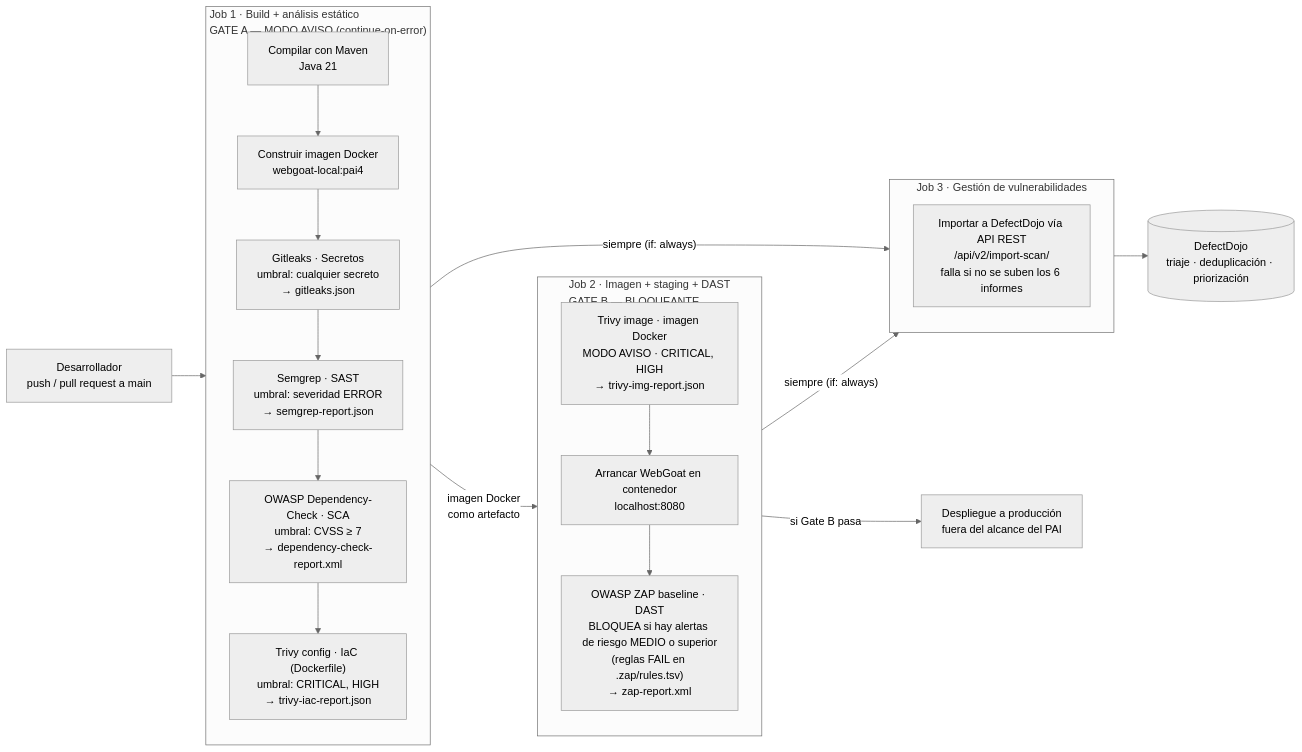
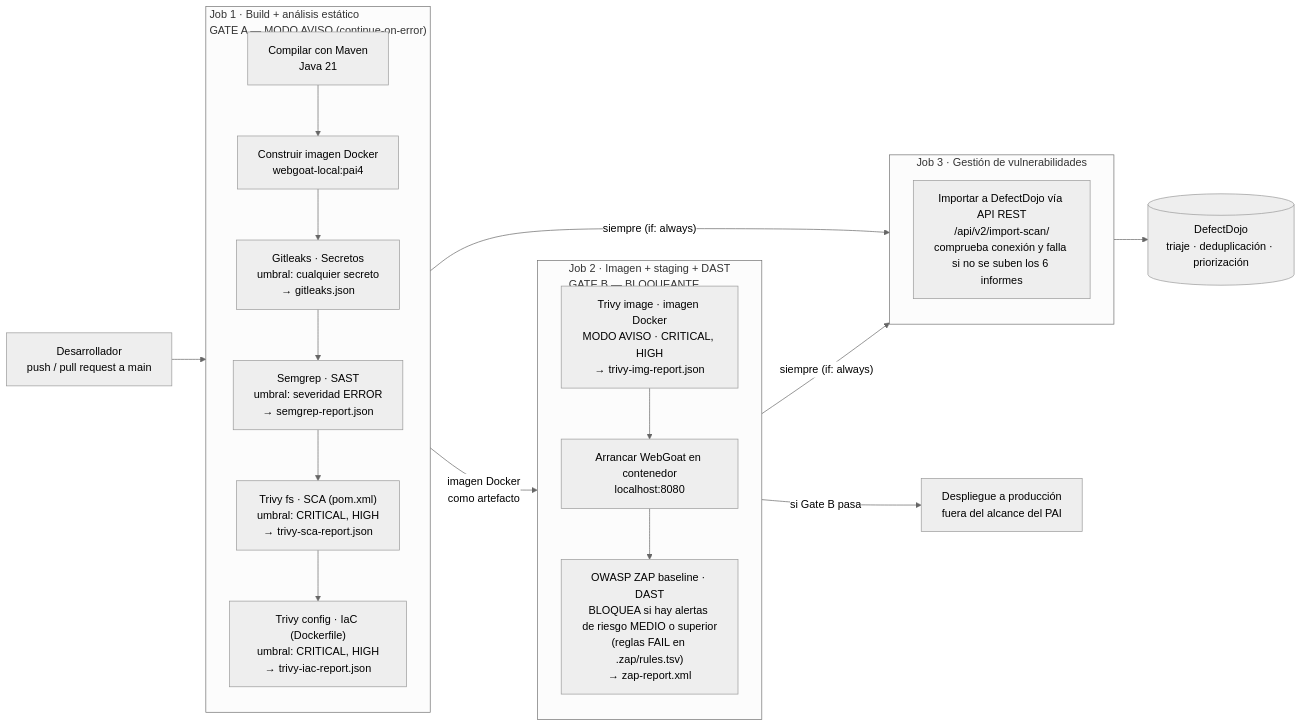
The first of 2 diagrams in docs/diagramas/README.md (luialacon/webgoat_PAI-4), drawn with Mermaid (neutral theme) before and after one commit. The commit also changed other lines of this file and 20 other files, not shown here.

First line of the commit message:
Analizar tambien Dockerfile_desktop con Trivy IaC; diagramas renderizados y evidencias de la ejecucion corregida

````diff
--- a/docs/diagramas/README.md
+++ b/docs/diagramas/README.md
@@ -8,31 +8,31 @@
 ```mermaid
 flowchart LR
     DEV[Desarrollador<br/>push / pull request a main] --> J1
 
     subgraph J1["Job 1 · Build + análisis estático<br/>GATE A — MODO AVISO (continue-on-error)"]
         direction TB
         B1[Compilar con Maven<br/>Java 21] --> B2[Construir imagen Docker<br/>webgoat-local:pai4]
         B2 --> S1["Gitleaks · Secretos<br/>umbral: cualquier secreto<br/>→ gitleaks.json"]
         S1 --> S2["Semgrep · SAST<br/>umbral: severidad ERROR<br/>→ semgrep-report.json"]
-        S2 --> S3["OWASP Dependency-Check · SCA<br/>umbral: CVSS ≥ 7<br/>→ dependency-check-report.xml"]
+        S2 --> S3["Trivy fs · SCA (pom.xml)<br/>umbral: CRITICAL, HIGH<br/>→ trivy-sca-report.json"]
         S3 --> S4["Trivy config · IaC (Dockerfile)<br/>umbral: CRITICAL, HIGH<br/>→ trivy-iac-report.json"]
     end
 
     J1 -- imagen Docker<br/>como artefacto --> J2
 
     subgraph J2["Job 2 · Imagen + staging + DAST<br/>GATE B — BLOQUEANTE"]
         direction TB
         T1["Trivy image · imagen Docker<br/>MODO AVISO · CRITICAL, HIGH<br/>→ trivy-img-report.json"] --> T2[Arrancar WebGoat en contenedor<br/>localhost:8080]
         T2 --> T3["OWASP ZAP baseline · DAST<br/>BLOQUEA si hay alertas de riesgo MEDIO o superior<br/>(reglas FAIL en .zap/rules.tsv)<br/>→ zap-report.xml"]
     end
 
     J2 -- "siempre (if: always)" --> J3
     J1 -- "siempre (if: always)" --> J3
 
     subgraph J3["Job 3 · Gestión de vulnerabilidades"]
-        D1["Importar a DefectDojo vía API REST<br/>/api/v2/import-scan/<br/>falla si no se suben los 6 informes"]
+        D1["Importar a DefectDojo vía API REST<br/>/api/v2/import-scan/<br/>comprueba conexión y falla si no se suben los 6 informes"]
     end
 
     J2 -- "si Gate B pasa" --> PROD[Despliegue a producción<br/>fuera del alcance del PAI]
     J3 --> DD[(DefectDojo<br/>triaje · deduplicación · priorización)]
 ```
````
